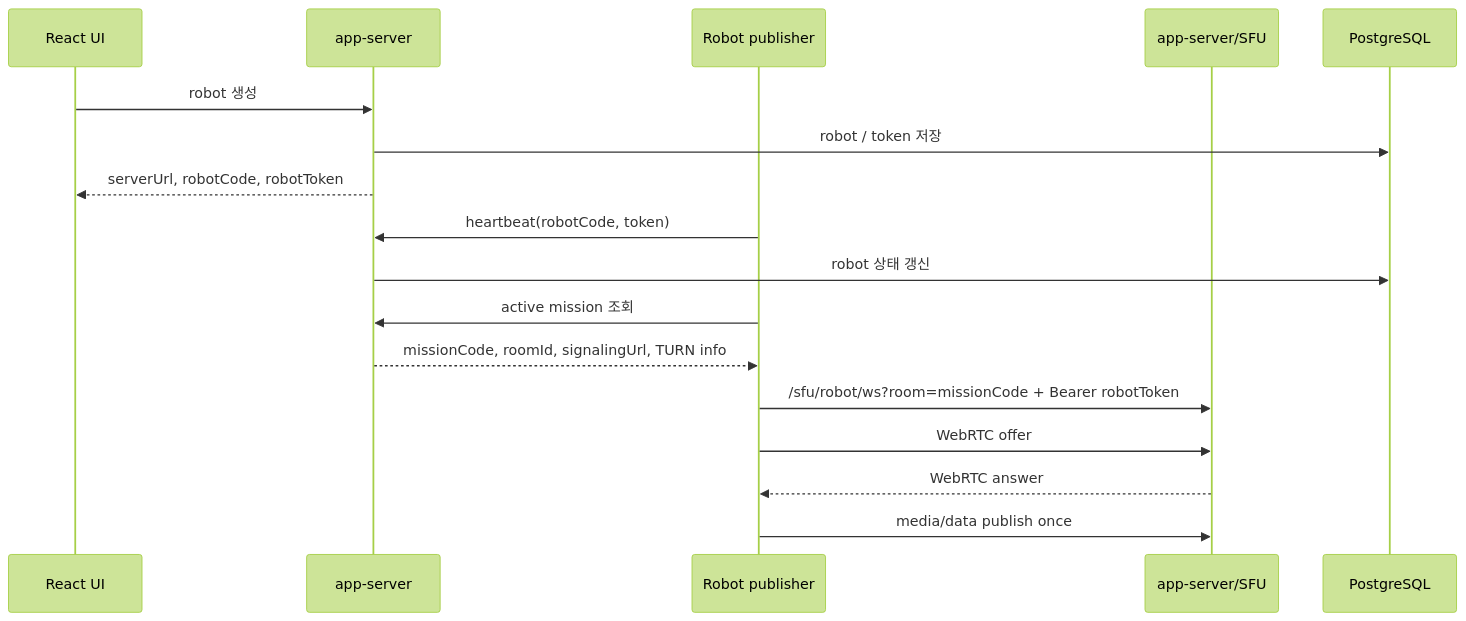
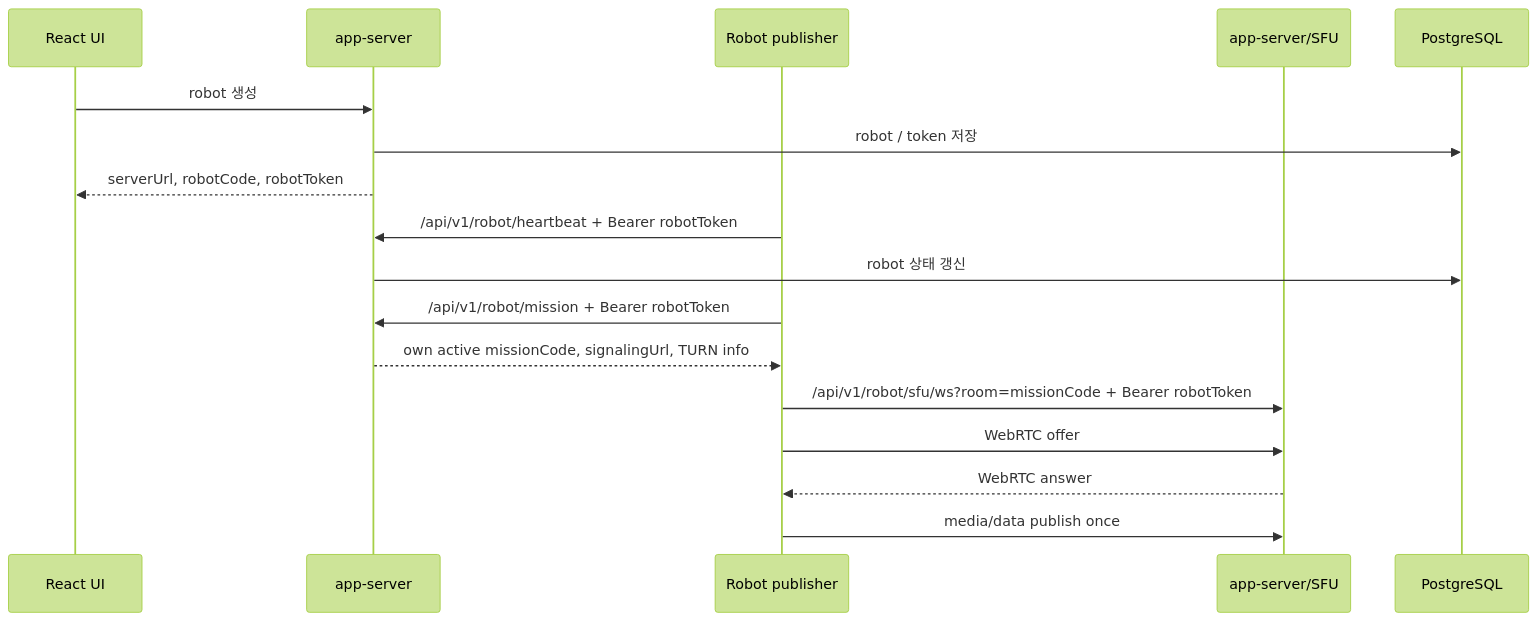
Before and after one commit to dhkimxx/robot-center: the second of 5 diagrams in docs/stable/architecture.md, drawn with Mermaid (forest theme). The commit also changed other lines of this file and 12 other files, not shown here.

Commit message:
Expose robot scoped API docs

````diff
--- a/docs/stable/architecture.md
+++ b/docs/stable/architecture.md
@@ -489,23 +494,23 @@
 ```mermaid
 sequenceDiagram
   participant UI as React UI
   participant App as app-server
   participant Robot as Robot publisher
   participant SFU as app-server/SFU
   participant DB as PostgreSQL
 
   UI->>App: robot 생성
   App->>DB: robot / token 저장
   App-->>UI: serverUrl, robotCode, robotToken
 
-  Robot->>App: heartbeat(robotCode, token)
+  Robot->>App: /api/v1/robot/heartbeat + Bearer robotToken
   App->>DB: robot 상태 갱신
 
-  Robot->>App: active mission 조회
-  App-->>Robot: missionCode, roomId, signalingUrl, TURN info
+  Robot->>App: /api/v1/robot/mission + Bearer robotToken
+  App-->>Robot: own active missionCode, signalingUrl, TURN info
 
-  Robot->>SFU: /sfu/robot/ws?room=missionCode + Bearer robotToken
+  Robot->>SFU: /api/v1/robot/sfu/ws?room=missionCode + Bearer robotToken
   Robot->>SFU: WebRTC offer
   SFU-->>Robot: WebRTC answer
   Robot->>SFU: media/data publish once
 ```
````
